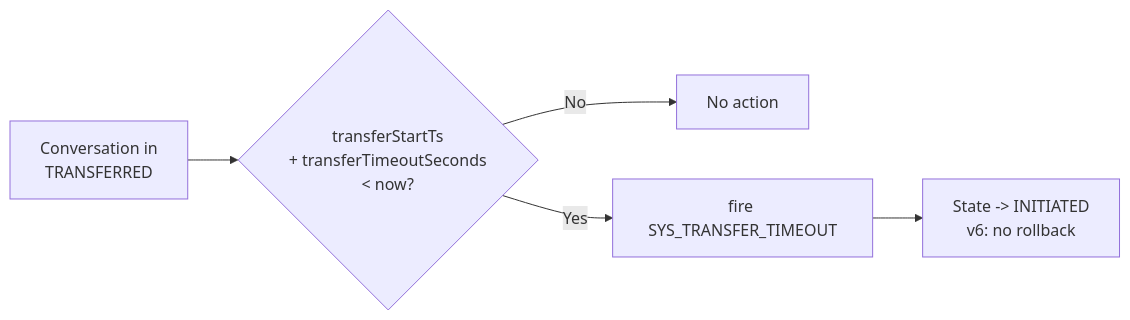
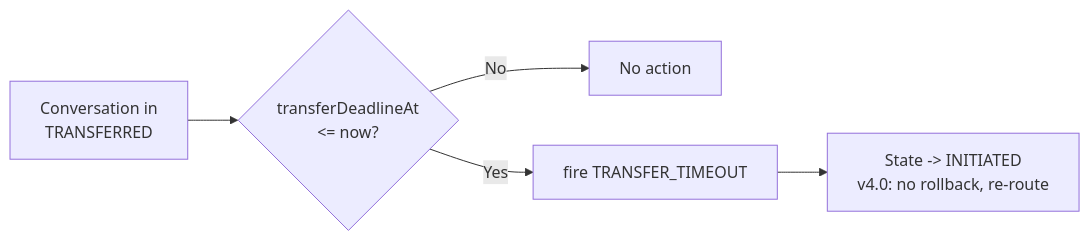
The fourth of 7 diagrams in 08-Code/state-machine/docs/03-State-Transition-Diagrams.md (huangzhiqiu/ai-knowledge-design), drawn with Mermaid before and after one commit. The commit also changed other lines of this file, not shown here.

First line of the commit message:
docs(state-machine): update state transition diagrams for v4.0 alignment

````diff
--- a/08-Code/state-machine/docs/03-State-Transition-Diagrams.md
+++ b/08-Code/state-machine/docs/03-State-Transition-Diagrams.md
@@ -179,7 +219,7 @@
 ```mermaid
 flowchart LR
-    A[Conversation in<br/>TRANSFERRED] --> B{transferStartTs<br/>+ transferTimeoutSeconds<br/>< now?}
+    A[Conversation in<br/>TRANSFERRED] --> B{transferDeadlineAt<br/><= now?}
     B -->|No| C[No action]
-    B -->|Yes| D[fire SYS_TRANSFER_TIMEOUT]
-    D --> E[State -> INITIATED<br/>v6: no rollback]
+    B -->|Yes| D[fire TRANSFER_TIMEOUT]
+    D --> E[State -> INITIATED<br/>v4.0: no rollback, re-route]
 ```
````
